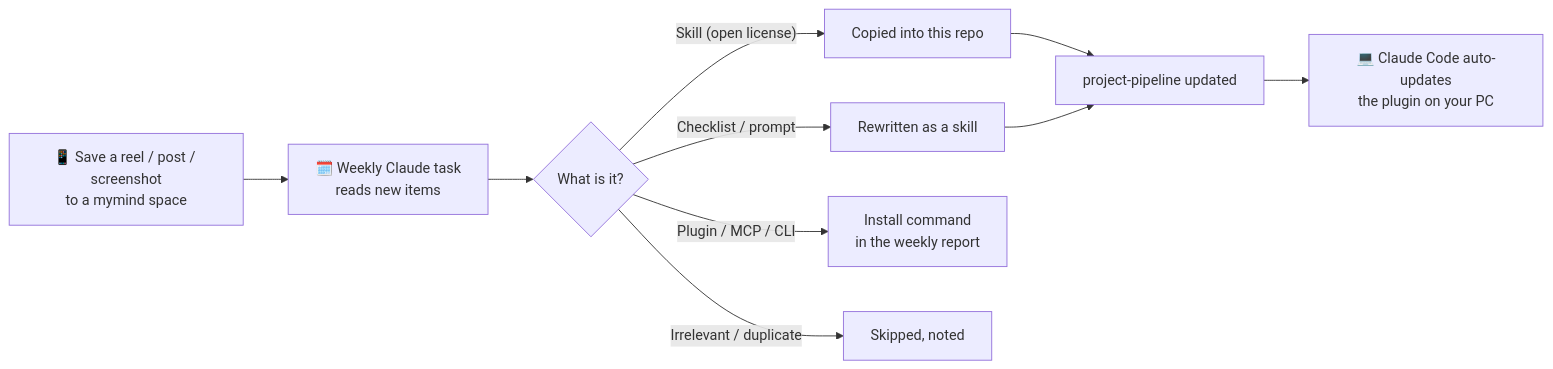
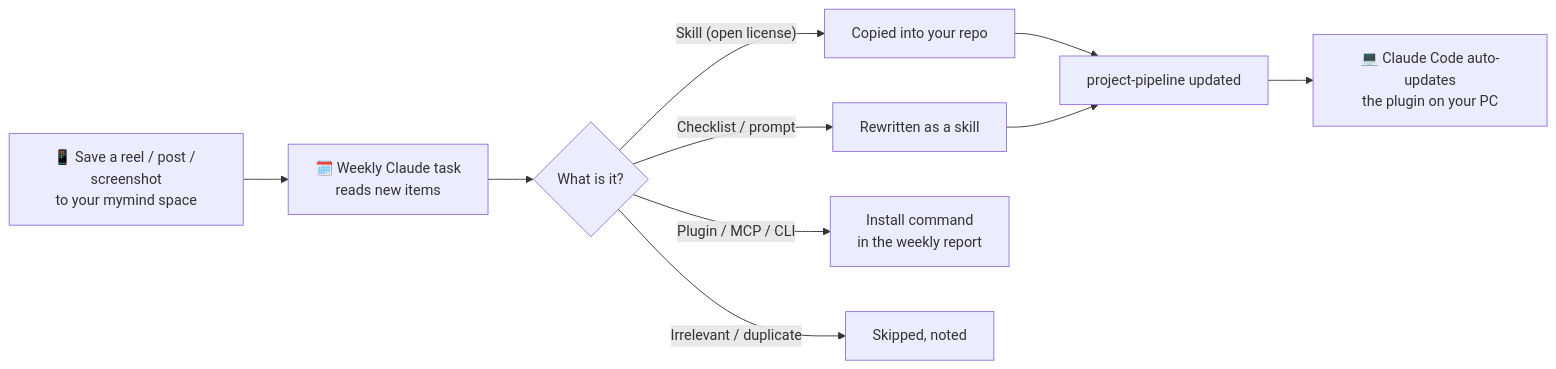
Before and after one commit to DerHeimer/claude-auto-kit: the diagram in README.md, drawn with Mermaid. The commit also changed other lines of this file and 2 other files, not shown here.

First line of the commit message:
README: present the repo as a template to fork, not a plugin to install

````diff
--- a/README.md
+++ b/README.md
@@ -7,12 +9,12 @@
 ```mermaid
 flowchart LR
-    A["📱 Save a reel / post / screenshot<br/>to a mymind space"] --> B["🗓️ Weekly Claude task<br/>reads new items"]
+    A["📱 Save a reel / post / screenshot<br/>to your mymind space"] --> B["🗓️ Weekly Claude task<br/>reads new items"]
     B --> C{"What is it?"}
-    C -->|"Skill (open license)"| D["Copied into this repo"]
+    C -->|"Skill (open license)"| D["Copied into your repo"]
     C -->|"Checklist / prompt"| E["Rewritten as a skill"]
     C -->|"Plugin / MCP / CLI"| F["Install command<br/>in the weekly report"]
     C -->|"Irrelevant / duplicate"| G["Skipped, noted"]
     D --> H["project-pipeline updated"]
     E --> H
     H --> I["💻 Claude Code auto-updates<br/>the plugin on your PC"]
 ```
````
